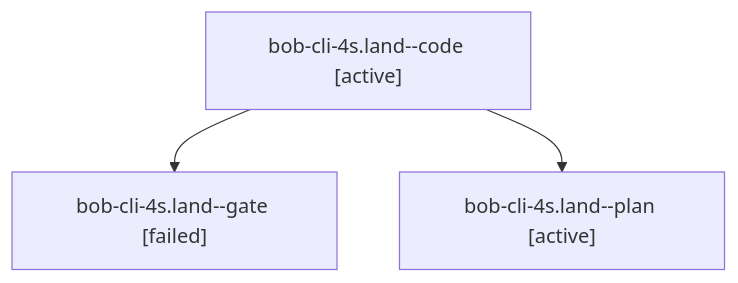
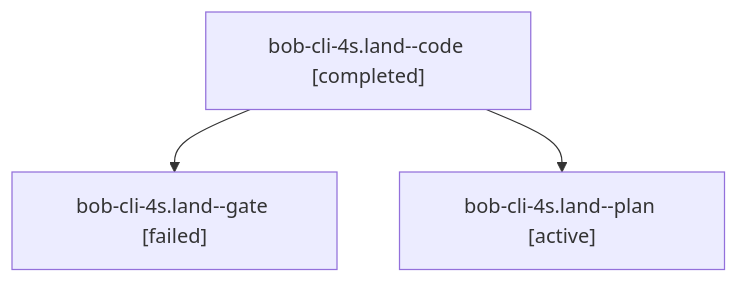
Before and after one commit to bobs-org/bob-cli--agents: the diagram in sessions/bbugyi200.athena.bob-cli-4s.land.md, drawn with Mermaid. The commit also changed other lines of this file and 40 other files, not shown here.

````diff
--- a/sessions/bbugyi200.athena.bob-cli-4s.land.md
+++ b/sessions/bbugyi200.athena.bob-cli-4s.land.md
@@ -9,8 +9,8 @@
 ```mermaid
 flowchart TD
-  n0["bob-cli-4s.land--code [active]"]
+  n0["bob-cli-4s.land--code [completed]"]
   n1["bob-cli-4s.land--gate [failed]"]
   n0 --> n1
   n2["bob-cli-4s.land--plan [active]"]
   n0 --> n2
 ```
````
